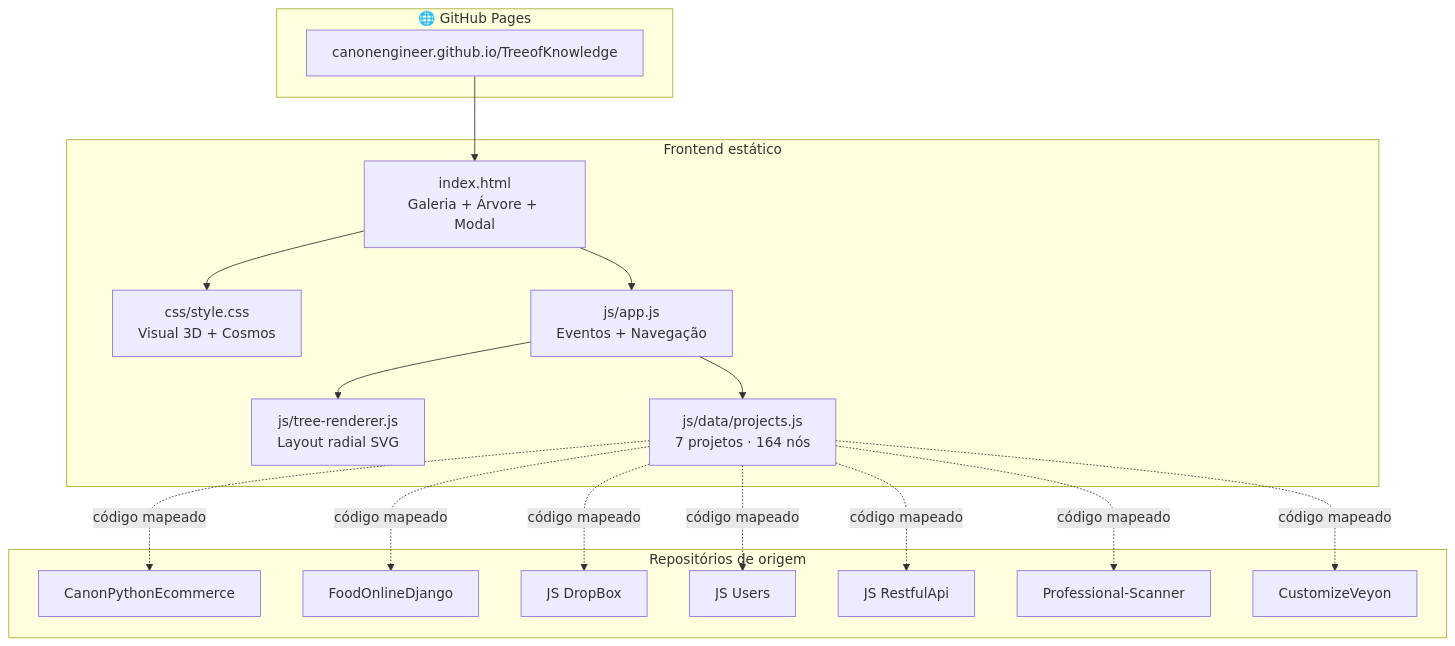
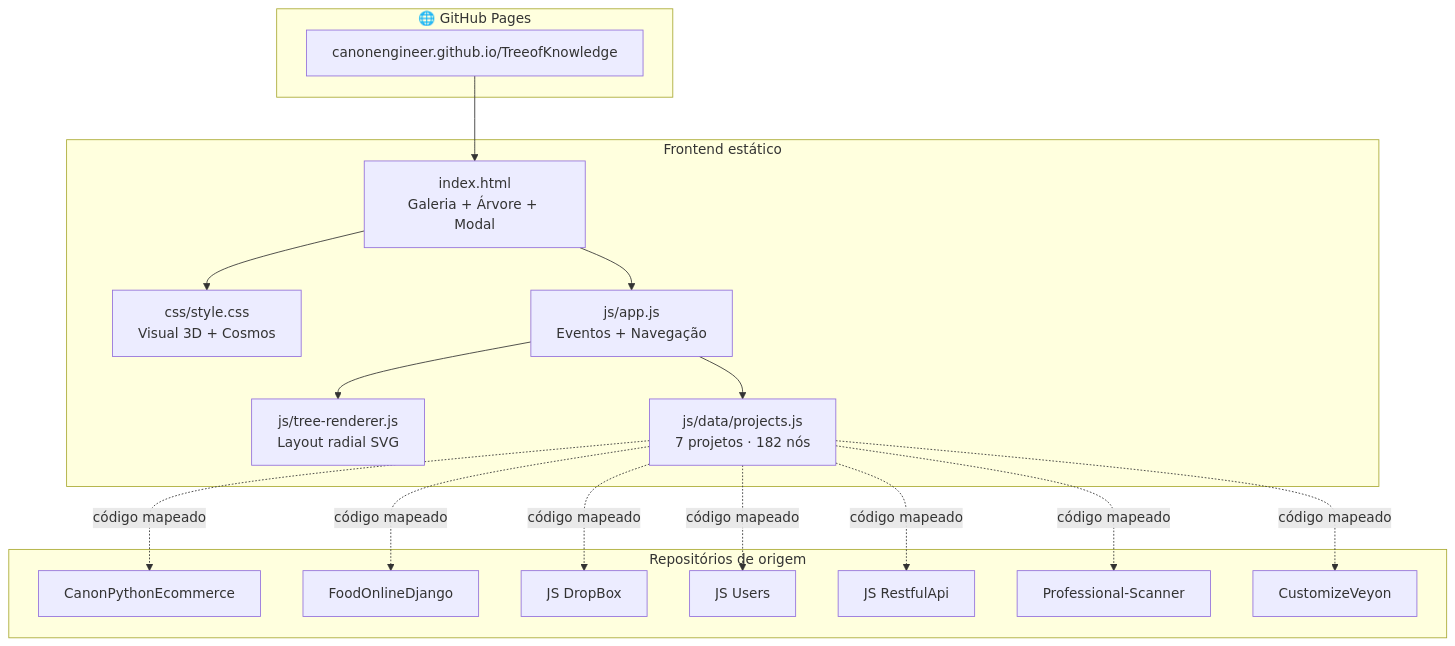
One commit to CanonEngineer/TreeofKnowledge changed the first of 5 diagrams in README.md. Above: the diagram before and after it, drawn with Mermaid. The commit also changed other lines of this file and 10 other files, not shown here.

````diff
--- a/README.md
+++ b/README.md
@@ -122,37 +122,37 @@
 ```mermaid
 flowchart TB
     subgraph PAGES["🌐 GitHub Pages"]
         URL["canonengineer.github.io/TreeofKnowledge"]
     end
 
     subgraph FRONT["Frontend estático"]
         HTML["index.html<br/>Galeria + Árvore + Modal"]
         CSS["css/style.css<br/>Visual 3D + Cosmos"]
         APP["js/app.js<br/>Eventos + Navegação"]
         RENDER["js/tree-renderer.js<br/>Layout radial SVG"]
-        DATA["js/data/projects.js<br/>7 projetos · 164 nós"]
+        DATA["js/data/projects.js<br/>7 projetos · 182 nós"]
     end
 
     subgraph PROJ["Repositórios de origem"]
         P1["CanonPythonEcommerce"]
         P2["FoodOnlineDjango"]
         P3["JS DropBox"]
         P4["JS Users"]
         P5["JS RestfulApi"]
         P6["Professional-Scanner"]
         P7["CustomizeVeyon"]
     end
 
     URL --> HTML
     HTML --> CSS
     HTML --> APP
     APP --> RENDER
     APP --> DATA
     DATA -.->|código mapeado| P1
     DATA -.->|código mapeado| P2
     DATA -.->|código mapeado| P3
     DATA -.->|código mapeado| P4
     DATA -.->|código mapeado| P5
     DATA -.->|código mapeado| P6
     DATA -.->|código mapeado| P7
 ```
````
